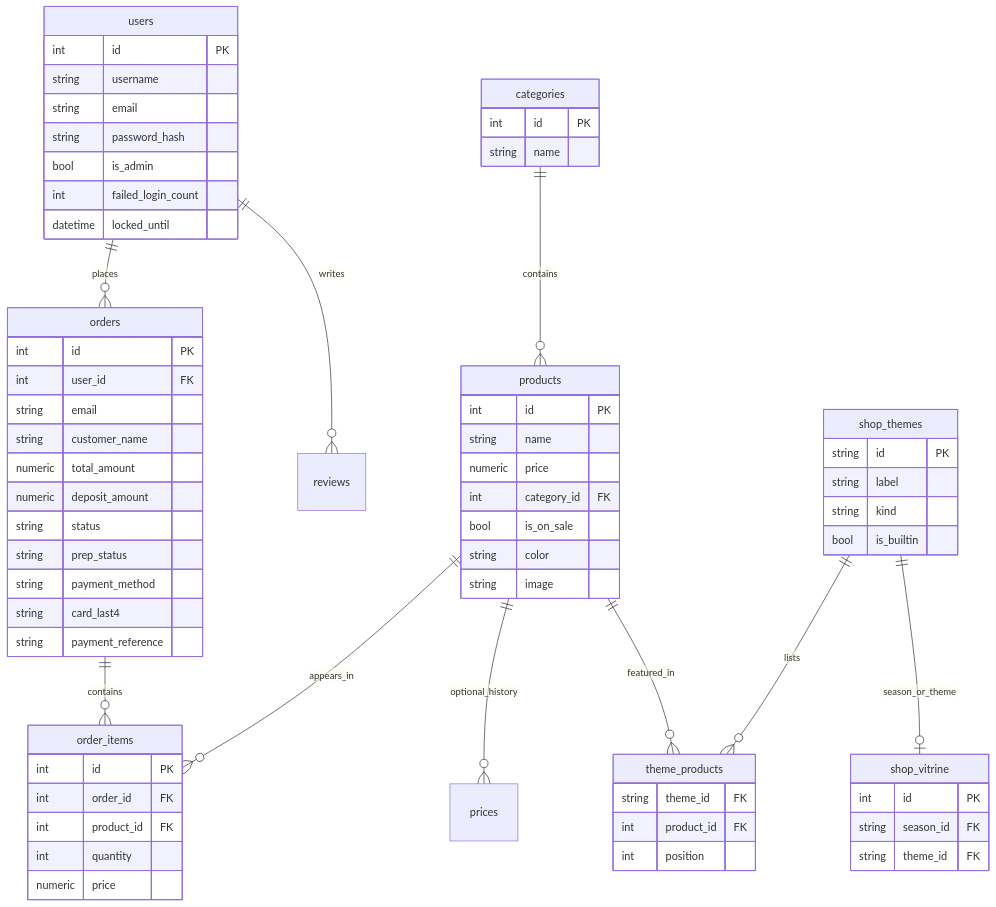
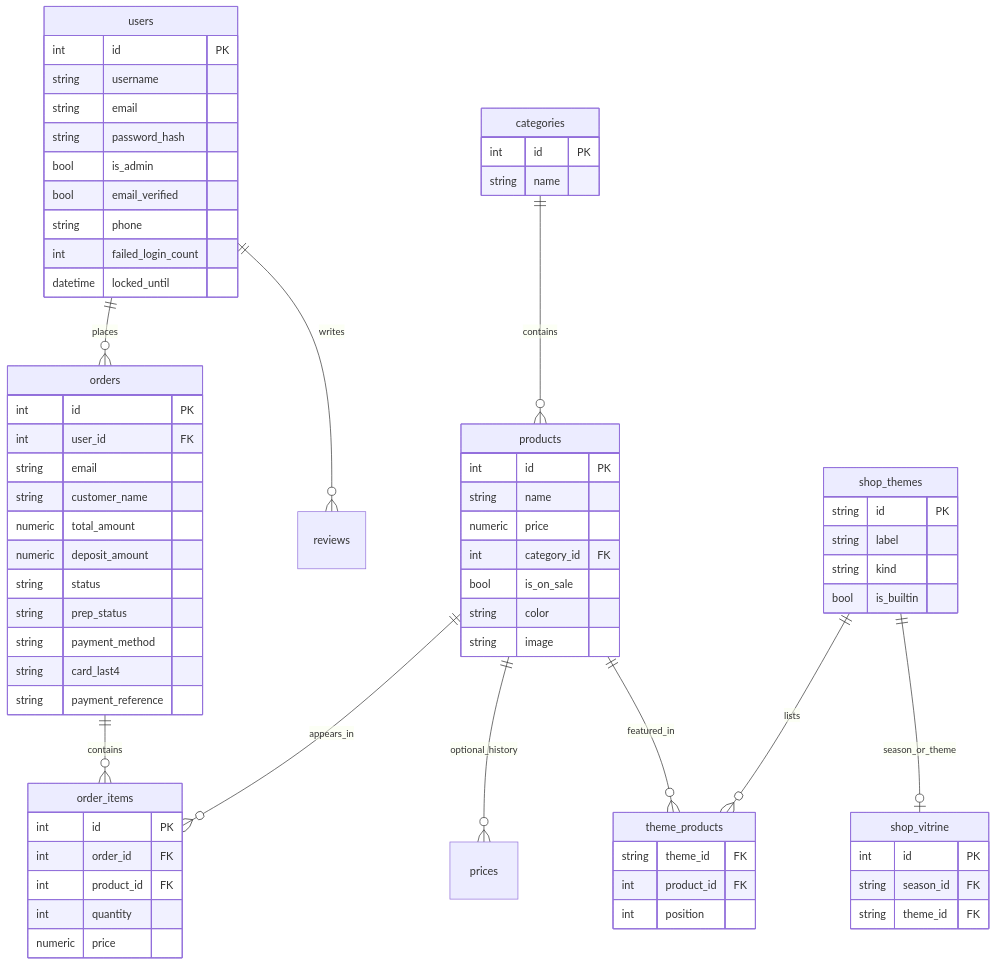
The first of 2 diagrams in README.md (Issercio/Demo-day), drawn with Mermaid before and after one commit. The commit also changed other lines of this file and 30 other files, not shown here.

````diff
--- a/README.md
+++ b/README.md
@@ -218,71 +218,73 @@
 ```mermaid
 erDiagram
   users ||--o{ orders : places
   users ||--o{ reviews : writes
   categories ||--o{ products : contains
   products ||--o{ order_items : appears_in
   orders ||--o{ order_items : contains
   products ||--o{ prices : optional_history
   shop_themes ||--o{ theme_products : lists
   products ||--o{ theme_products : featured_in
   shop_themes ||--o| shop_vitrine : season_or_theme
 
   users {
     int id PK
     string username
     string email
     string password_hash
     bool is_admin
+    bool email_verified
+    string phone
     int failed_login_count
     datetime locked_until
   }
   categories {
     int id PK
     string name
   }
   products {
     int id PK
     string name
     numeric price
     int category_id FK
     bool is_on_sale
     string color
     string image
   }
   shop_themes {
     string id PK
     string label
     string kind
     bool is_builtin
   }
   theme_products {
     string theme_id FK
     int product_id FK
     int position
   }
   shop_vitrine {
     int id PK
     string season_id FK
     string theme_id FK
   }
   orders {
     int id PK
     int user_id FK
     string email
     string customer_name
     numeric total_amount
     numeric deposit_amount
     string status
     string prep_status
     string payment_method
     string card_last4
     string payment_reference
   }
   order_items {
     int id PK
     int order_id FK
     int product_id FK
     int quantity
     numeric price
   }
 ```
````
